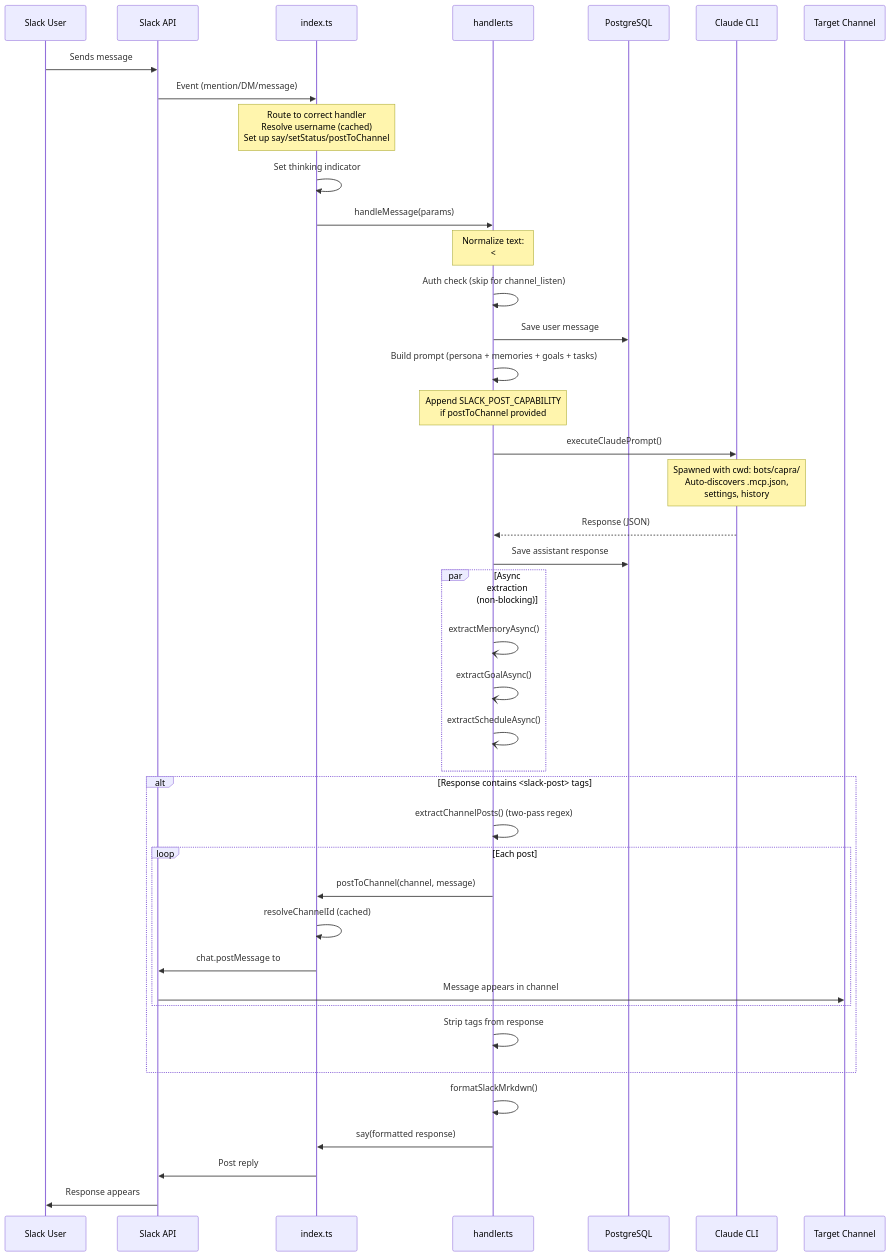
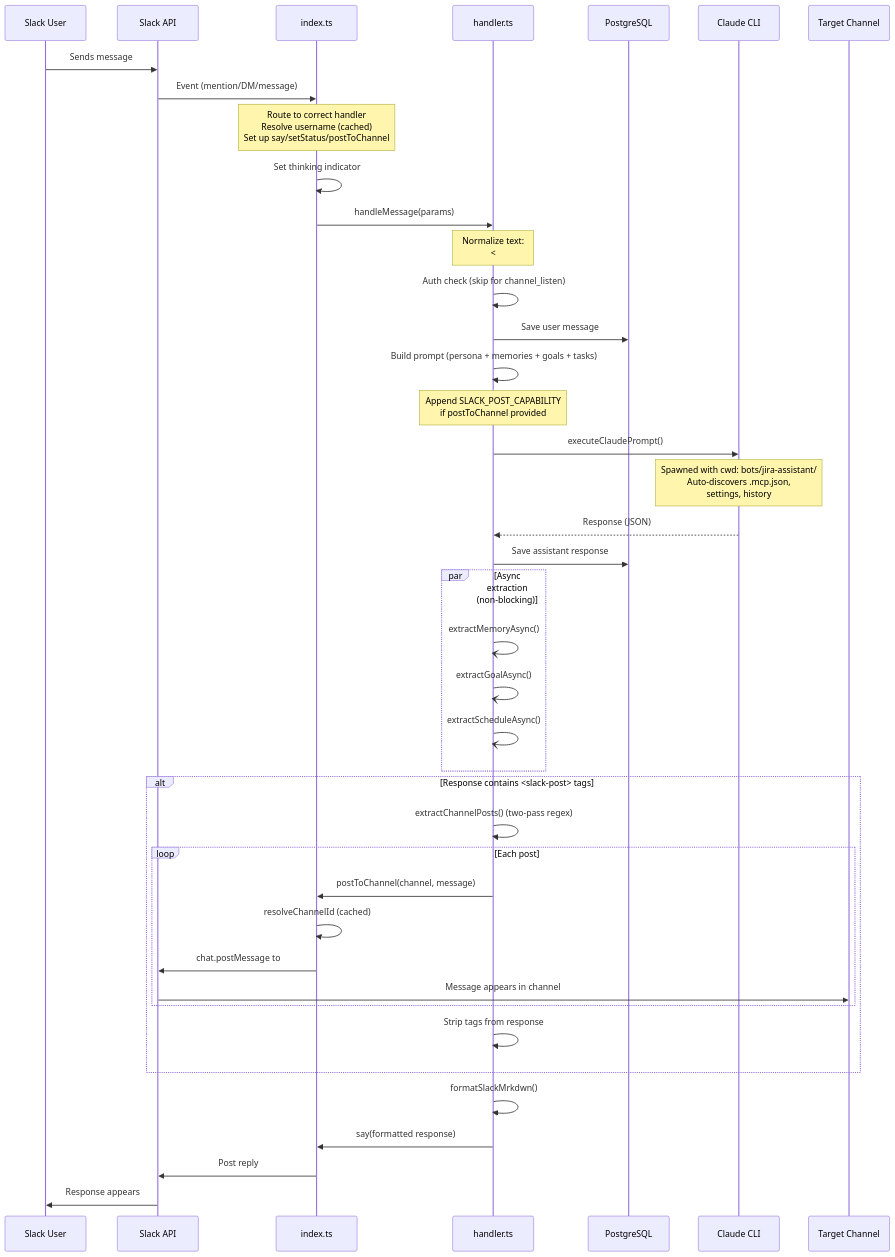
Before and after one commit to RuneLind/muninn: the second of 8 diagrams in docs/slack-architecture.md, drawn with Mermaid. The commit also changed 54 other files, not shown here.

````diff
--- a/docs/slack-architecture.md
+++ b/docs/slack-architecture.md
@@ -54,54 +54,54 @@
 ```mermaid
 sequenceDiagram
     participant U as Slack User
     participant S as Slack API
     participant I as index.ts
     participant H as handler.ts
     participant DB as PostgreSQL
     participant C as Claude CLI
     participant CH as Target Channel
 
     U->>S: Sends message
     S->>I: Event (mention/DM/message)
 
     Note over I: Route to correct handler<br/>Resolve username (cached)<br/>Set up say/setStatus/postToChannel
 
     I->>I: Set thinking indicator
     I->>H: handleMessage(params)
 
     Note over H: Normalize text:<br/><#C0AD|name> → #name
 
     H->>H: Auth check (skip for channel_listen)
     H->>DB: Save user message
     H->>H: Build prompt (persona + memories + goals + tasks)
 
     Note over H: Append SLACK_POST_CAPABILITY<br/>if postToChannel provided
 
     H->>C: executeClaudePrompt()
-    Note over C: Spawned with cwd: bots/capra/<br/>Auto-discovers .mcp.json,<br/>settings, history
+    Note over C: Spawned with cwd: bots/jira-assistant/<br/>Auto-discovers .mcp.json,<br/>settings, history
     C-->>H: Response (JSON)
 
     H->>DB: Save assistant response
 
     par Async extraction (non-blocking)
         H-)H: extractMemoryAsync()
         H-)H: extractGoalAsync()
         H-)H: extractScheduleAsync()
     end
 
     alt Response contains <slack-post> tags
         H->>H: extractChannelPosts() (two-pass regex)
         loop Each post
             H->>I: postToChannel(channel, message)
             I->>I: resolveChannelId (cached)
             I->>S: chat.postMessage to #channel
             S->>CH: Message appears in channel
         end
         H->>H: Strip tags from response
     end
 
     H->>H: formatSlackMrkdwn()
     H->>I: say(formatted response)
     I->>S: Post reply
     S->>U: Response appears
 ```
````
